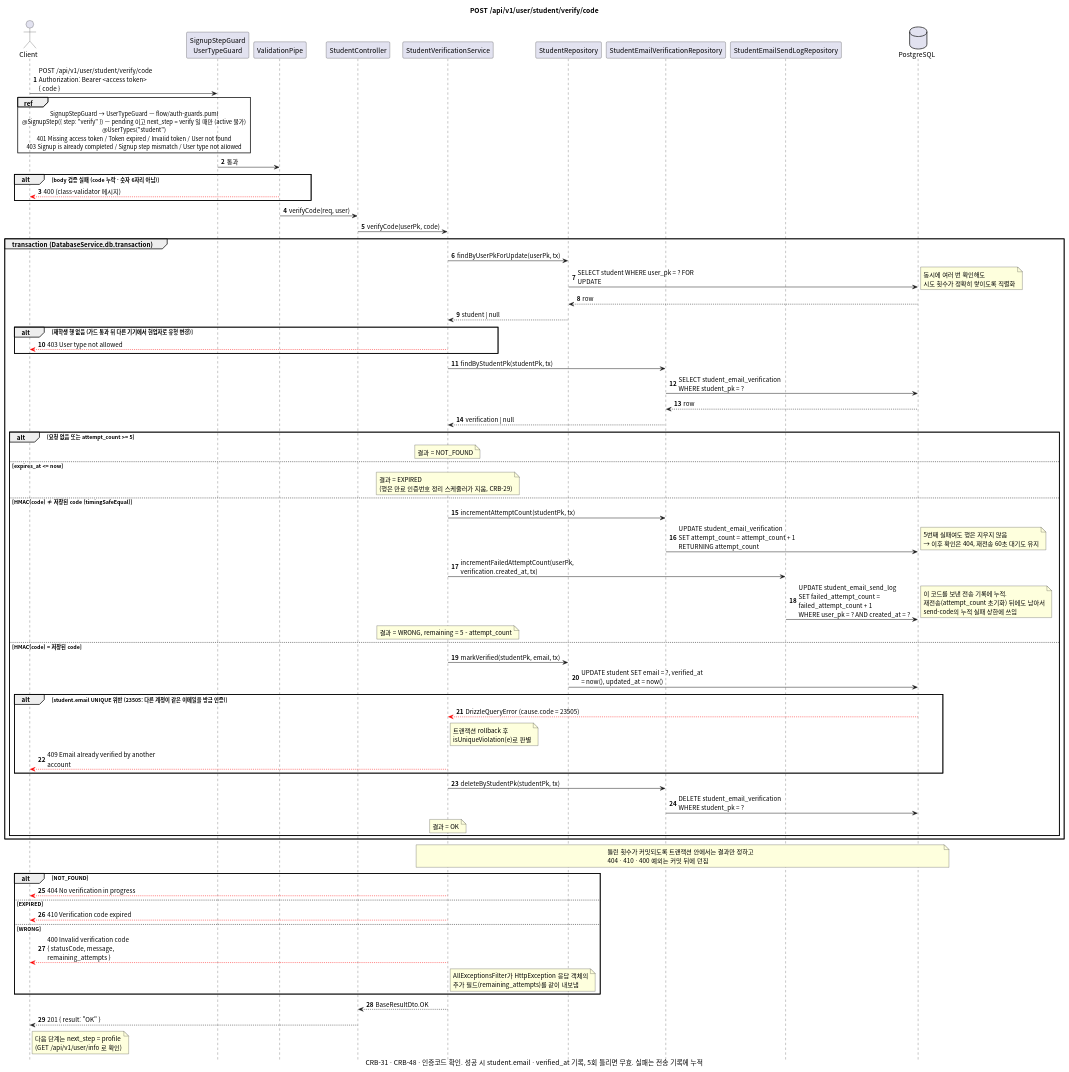
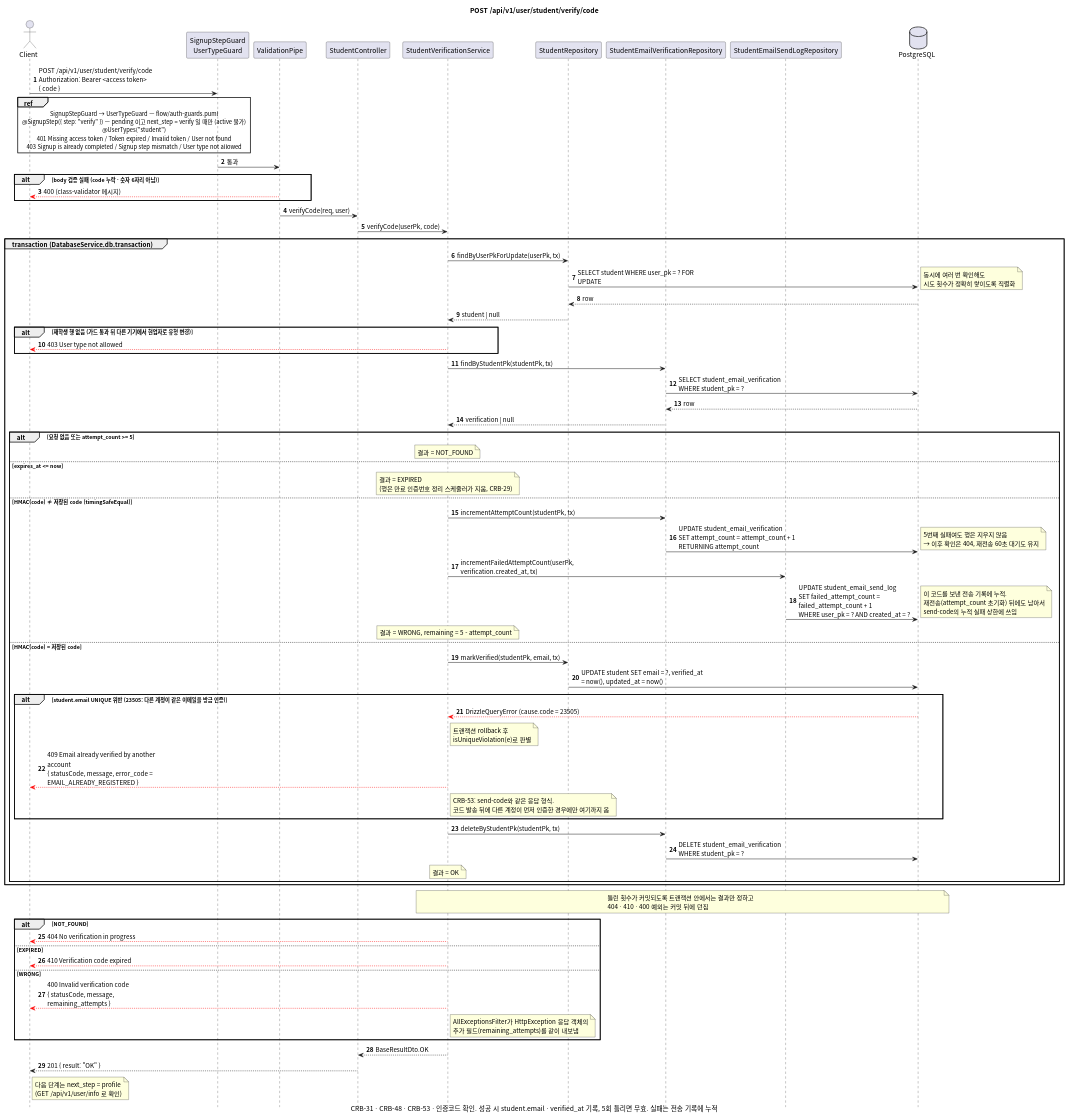
The diagram in docs/sequence/student/post-verify-code.puml (gsainfoteam/cheers-be), drawn with PlantUML before and after one commit. The commit also changed 3 other files, not shown here.

Commit message:
- feat: add error_code to duplicate student email 409 (CRB-53)

```diff
--- a/docs/sequence/student/post-verify-code.puml
+++ b/docs/sequence/student/post-verify-code.puml
@@ -1,107 +1,108 @@
 @startuml post-verify-code
 skinparam defaultFontName "Apple SD Gothic Neo", "Noto Sans CJK KR", sans-serif
 skinparam responseMessageBelowArrow true
 skinparam sequenceMessageAlign left
 skinparam maxMessageSize 260
 skinparam BoxPadding 8
 skinparam shadowing false
 autonumber
 hide footbox
 
 title POST /api/v1/user/student/verify/code
-caption CRB-31 · CRB-48 · 인증코드 확인. 성공 시 student.email · verified_at 기록, 5회 틀리면 무효. 실패는 전송 기록에 누적
+caption CRB-31 · CRB-48 · CRB-53 · 인증코드 확인. 성공 시 student.email · verified_at 기록, 5회 틀리면 무효. 실패는 전송 기록에 누적
 
 actor Client
 participant "SignupStepGuard\nUserTypeGuard" as Guard
 participant "ValidationPipe" as Pipe
 participant "StudentController" as Controller
 participant "StudentVerificationService" as Service
 participant "StudentRepository" as StudentRepository
 participant "StudentEmailVerificationRepository" as VerificationRepository
 participant "StudentEmailSendLogRepository" as SendLogRepository
 database PostgreSQL
 
 Client -> Guard: POST /api/v1/user/student/verify/code\nAuthorization: Bearer <access token>\n{ code }
 ref over Client, Guard
   SignupStepGuard → UserTypeGuard — flow/auth-guards.puml
   @SignupStep({ step: "verify" }) — pending 이고 next_step = verify 일 때만 (active 불가)
   @UserTypes("student")
   401 Missing access token / Token expired / Invalid token / User not found
   403 Signup is already completed / Signup step mismatch / User type not allowed
 end ref
 Guard -> Pipe: 통과
 alt body 검증 실패 (code 누락 · 숫자 6자리 아님)
   Pipe -[#red]-> Client: 400 (class-validator 메시지)
 end
 Pipe -> Controller: verifyCode(req, user)
 Controller -> Service: verifyCode(userPk, code)
 
 group transaction (DatabaseService.db.transaction)
   Service -> StudentRepository: findByUserPkForUpdate(userPk, tx)
   StudentRepository -> PostgreSQL: SELECT student WHERE user_pk = ? FOR UPDATE
   note right: 동시에 여러 번 확인해도\n시도 횟수가 정확히 쌓이도록 직렬화
   PostgreSQL --> StudentRepository: row
   StudentRepository --> Service: student | null
   alt 재학생 행 없음 (가드 통과 뒤 다른 기기에서 현업자로 유형 변경)
     Service -[#red]-> Client: 403 User type not allowed
   end
 
   Service -> VerificationRepository: findByStudentPk(studentPk, tx)
   VerificationRepository -> PostgreSQL: SELECT student_email_verification WHERE student_pk = ?
   PostgreSQL --> VerificationRepository: row
   VerificationRepository --> Service: verification | null
 
   alt 요청 없음 또는 attempt_count >= 5
     note over Service: 결과 = NOT_FOUND
   else expires_at <= now
     note over Service: 결과 = EXPIRED\n(행은 만료 인증번호 정리 스케줄러가 지움, CRB-29)
   else HMAC(code) ≠ 저장된 code (timingSafeEqual)
     Service -> VerificationRepository: incrementAttemptCount(studentPk, tx)
     VerificationRepository -> PostgreSQL: UPDATE student_email_verification\nSET attempt_count = attempt_count + 1 RETURNING attempt_count
     note right
       5번째 실패여도 행은 지우지 않음
       → 이후 확인은 404, 재전송 60초 대기도 유지
     end note
     Service -> SendLogRepository: incrementFailedAttemptCount(userPk, verification.created_at, tx)
     SendLogRepository -> PostgreSQL: UPDATE student_email_send_log\nSET failed_attempt_count = failed_attempt_count + 1\nWHERE user_pk = ? AND created_at = ?
     note right
       이 코드를 보낸 전송 기록에 누적.
       재전송(attempt_count 초기화) 뒤에도 남아서
       send-code의 누적 실패 상한에 쓰임
     end note
     note over Service: 결과 = WRONG, remaining = 5 - attempt_count
   else HMAC(code) = 저장된 code
     Service -> StudentRepository: markVerified(studentPk, email, tx)
     StudentRepository -> PostgreSQL: UPDATE student SET email = ?, verified_at = now(), updated_at = now()
     alt student.email UNIQUE 위반 (23505: 다른 계정이 같은 이메일을 방금 인증)
       PostgreSQL -[#red]-> Service: DrizzleQueryError (cause.code = 23505)
       note right of Service: 트랜잭션 rollback 후\nisUniqueViolation(e)로 판별
-      Service -[#red]-> Client: 409 Email already verified by another account
+      Service -[#red]-> Client: 409 Email already verified by another account\n{ statusCode, message, error_code = EMAIL_ALREADY_REGISTERED }
+      note right of Service: CRB-53: send-code와 같은 응답 형식.\n코드 발송 뒤에 다른 계정이 먼저 인증한 경우에만 여기까지 옴
     end
     Service -> VerificationRepository: deleteByStudentPk(studentPk, tx)
     VerificationRepository -> PostgreSQL: DELETE student_email_verification WHERE student_pk = ?
     note over Service: 결과 = OK
   end
 end
 note over Service, PostgreSQL
   틀린 횟수가 커밋되도록 트랜잭션 안에서는 결과만 정하고
   404 · 410 · 400 예외는 커밋 뒤에 던짐
 end note
 
 alt NOT_FOUND
   Service -[#red]-> Client: 404 No verification in progress
 else EXPIRED
   Service -[#red]-> Client: 410 Verification code expired
 else WRONG
   Service -[#red]-> Client: 400 Invalid verification code\n{ statusCode, message, remaining_attempts }
   note right of Service
     AllExceptionsFilter가 HttpException 응답 객체의
     추가 필드(remaining_attempts)를 같이 내보냄
   end note
 end
 
 Service --> Controller: BaseResultDto.OK
 Controller --> Client: 201 { result: "OK" }
 note right of Client: 다음 단계는 next_step = profile\n(GET /api/v1/user/info 로 확인)
 
 @enduml
```
